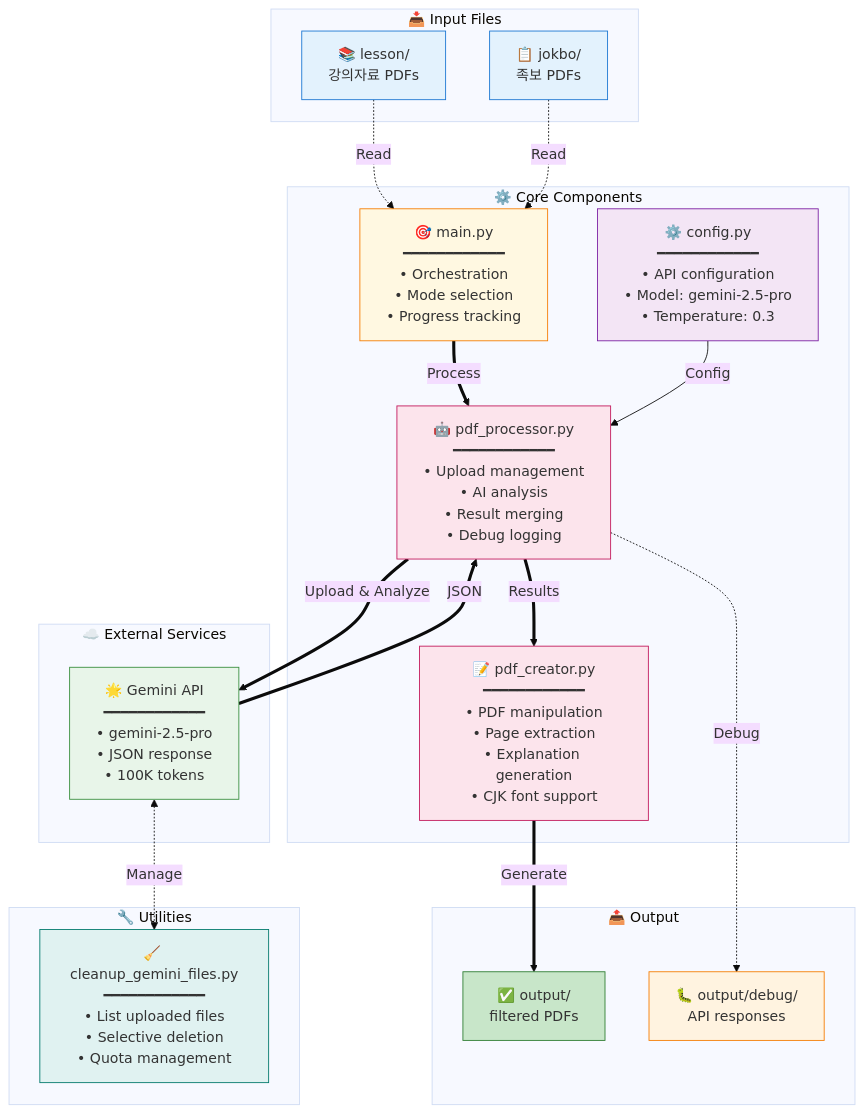
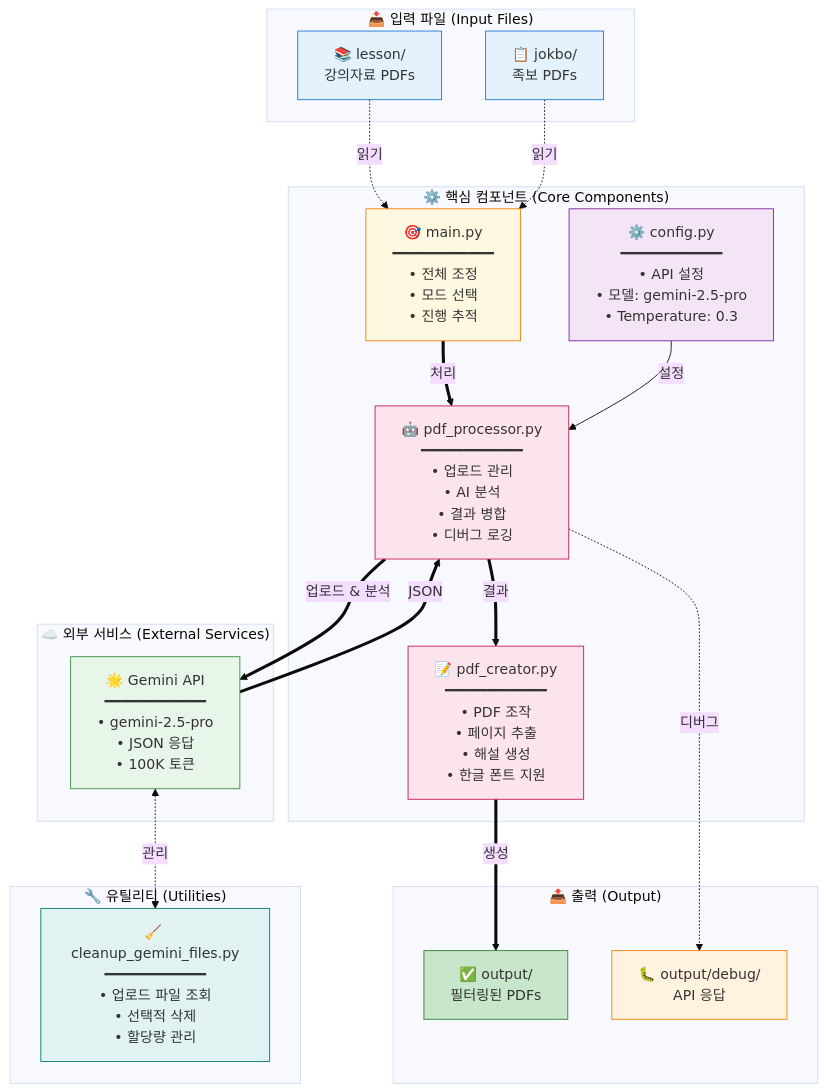
The third of 4 diagrams in architecture.md (ksw6895/jokbodude), drawn with Mermaid (base theme) before and after one commit. The commit also changed other lines of this file and 1 other file, not shown here.

````diff
--- a/architecture.md
+++ b/architecture.md
@@ -112,49 +112,49 @@
 ```mermaid
 graph TB
-    subgraph "📥 Input Files"
+    subgraph "📥 입력 파일 (Input Files)"
         A1["📚 lesson/<br/>강의자료 PDFs"]
         A2["📋 jokbo/<br/>족보 PDFs"]
     end
     
-    subgraph "⚙️ Core Components"
-        B1["🎯 main.py<br/>━━━━━━━━━━━━<br/>• Orchestration<br/>• Mode selection<br/>• Progress tracking"]
-        B2["⚙️ config.py<br/>━━━━━━━━━━━━<br/>• API configuration<br/>• Model: gemini-2.5-pro<br/>• Temperature: 0.3"]
-        B3["🤖 pdf_processor.py<br/>━━━━━━━━━━━━<br/>• Upload management<br/>• AI analysis<br/>• Result merging<br/>• Debug logging"]
-        B4["📝 pdf_creator.py<br/>━━━━━━━━━━━━<br/>• PDF manipulation<br/>• Page extraction<br/>• Explanation generation<br/>• CJK font support"]
+    subgraph "⚙️ 핵심 컴포넌트 (Core Components)"
+        B1["🎯 main.py<br/>━━━━━━━━━━━━<br/>• 전체 조정<br/>• 모드 선택<br/>• 진행 추적"]
+        B2["⚙️ config.py<br/>━━━━━━━━━━━━<br/>• API 설정<br/>• 모델: gemini-2.5-pro<br/>• Temperature: 0.3"]
+        B3["🤖 pdf_processor.py<br/>━━━━━━━━━━━━<br/>• 업로드 관리<br/>• AI 분석<br/>• 결과 병합<br/>• 디버그 로깅"]
+        B4["📝 pdf_creator.py<br/>━━━━━━━━━━━━<br/>• PDF 조작<br/>• 페이지 추출<br/>• 해설 생성<br/>• 한글 폰트 지원"]
     end
     
-    subgraph "☁️ External Services"
-        C1["🌟 Gemini API<br/>━━━━━━━━━━━━<br/>• gemini-2.5-pro<br/>• JSON response<br/>• 100K tokens"]
+    subgraph "☁️ 외부 서비스 (External Services)"
+        C1["🌟 Gemini API<br/>━━━━━━━━━━━━<br/>• gemini-2.5-pro<br/>• JSON 응답<br/>• 100K 토큰"]
     end
     
-    subgraph "📤 Output"
-        D1["✅ output/<br/>filtered PDFs"]
-        D2["🐛 output/debug/<br/>API responses"]
+    subgraph "📤 출력 (Output)"
+        D1["✅ output/<br/>필터링된 PDFs"]
+        D2["🐛 output/debug/<br/>API 응답"]
     end
     
-    subgraph "🔧 Utilities"
-        E1["🧹 cleanup_gemini_files.py<br/>━━━━━━━━━━━━<br/>• List uploaded files<br/>• Selective deletion<br/>• Quota management"]
+    subgraph "🔧 유틸리티 (Utilities)"
+        E1["🧹 cleanup_gemini_files.py<br/>━━━━━━━━━━━━<br/>• 업로드 파일 조회<br/>• 선택적 삭제<br/>• 할당량 관리"]
     end
     
-    A1 -.->|Read| B1
-    A2 -.->|Read| B1
-    B1 ==>|Process| B3
-    B2 -->|Config| B3
-    B3 ==>|Upload & Analyze| C1
+    A1 -.->|읽기| B1
+    A2 -.->|읽기| B1
+    B1 ==>|처리| B3
+    B2 -->|설정| B3
+    B3 ==>|업로드 & 분석| C1
     C1 ==>|JSON| B3
-    B3 ==>|Results| B4
-    B3 -.->|Debug| D2
-    B4 ==>|Generate| D1
-    C1 <-.->|Manage| E1
+    B3 ==>|결과| B4
+    B3 -.->|디버그| D2
+    B4 ==>|생성| D1
+    C1 <-.->|관리| E1
     
     style A1 fill:#e3f2fd,stroke:#1976d2
     style A2 fill:#e3f2fd,stroke:#1976d2
     style B1 fill:#fff8e1,stroke:#f57c00
     style B2 fill:#f3e5f5,stroke:#7b1fa2
     style B3 fill:#fce4ec,stroke:#c2185b
     style B4 fill:#fce4ec,stroke:#c2185b
     style C1 fill:#e8f5e9,stroke:#388e3c
     style D1 fill:#c8e6c9,stroke:#2e7d32
     style D2 fill:#fff3e0,stroke:#f57c00
     style E1 fill:#e0f2f1,stroke:#00796b
 ```
````
